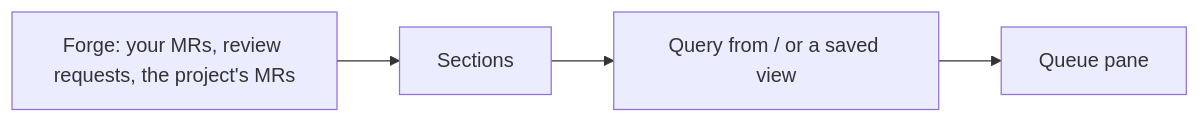
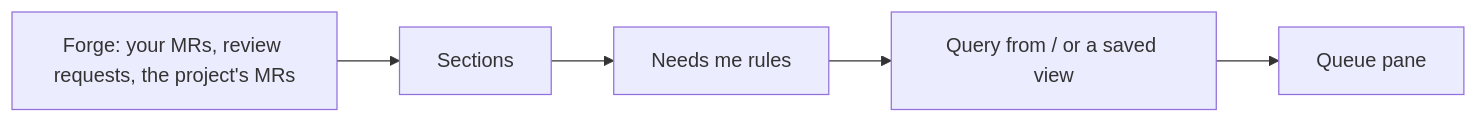
Before and after one commit to vmeyet/revu-tui: the first of 2 diagrams in docs/concepts.md, drawn with Mermaid. The commit also changed other lines of this file and 21 other files, not shown here.

````diff
--- a/docs/concepts.md
+++ b/docs/concepts.md
@@ -59,6 +60,7 @@
 ```mermaid
 flowchart LR
     F["Forge: your MRs, review requests, the project's MRs"] --> S["Sections"]
-    S --> Q["Query from / or a saved view"]
+    S --> N["Needs me rules"]
+    N --> Q["Query from / or a saved view"]
     Q --> P["Queue pane"]
 ```
````
